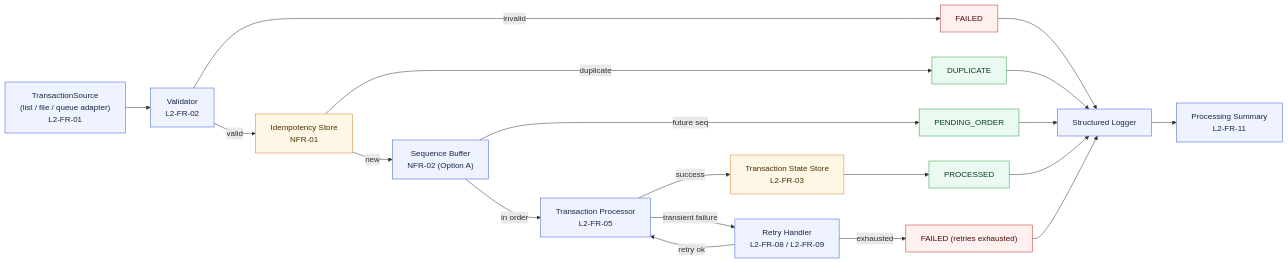
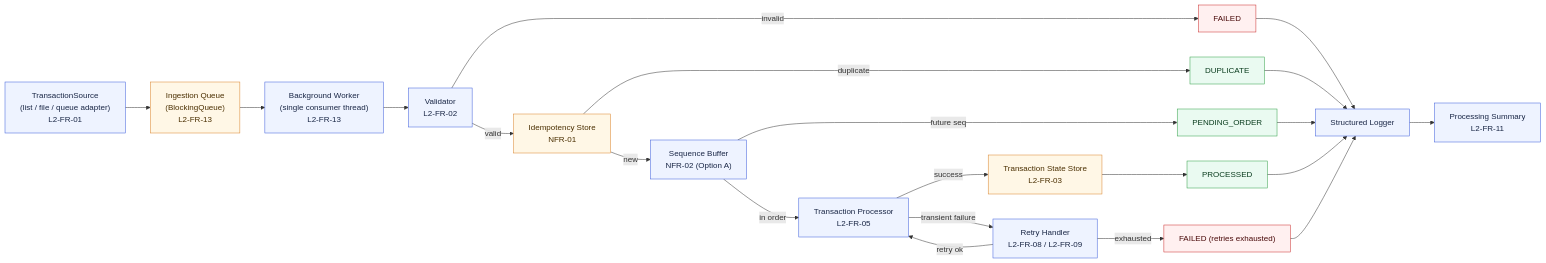
The first of 7 diagrams in DESIGN.md (mnbns/mpucd), drawn with Mermaid before and after one commit. The commit also changed other lines of this file and 29 other files, not shown here.

````diff
--- a/DESIGN.md
+++ b/DESIGN.md
@@ -147,42 +157,46 @@
 ```mermaid
 flowchart LR
   classDef comp fill:#eef3ff,stroke:#3b5bdb,color:#1a2746;
   classDef store fill:#fff7e6,stroke:#d9822b,color:#4a2f00;
   classDef terminal fill:#eafaf1,stroke:#2f9e44,color:#0b3d1f;
   classDef bad fill:#fff0f0,stroke:#c92a2a,color:#4a0a0a;
 
   SRC["TransactionSource<br/>(list / file / queue adapter)<br/>L2-FR-01"]:::comp
+  QUEUE["Ingestion Queue<br/>(BlockingQueue)<br/>L2-FR-13"]:::store
+  WORKER["Background Worker<br/>(single consumer thread)<br/>L2-FR-13"]:::comp
   VAL["Validator<br/>L2-FR-02"]:::comp
   IDEMP["Idempotency Store<br/>NFR-01"]:::store
   SEQBUF["Sequence Buffer<br/>NFR-02 (Option A)"]:::comp
   PROC["Transaction Processor<br/>L2-FR-05"]:::comp
   STATEDB["Transaction State Store<br/>L2-FR-03"]:::store
   RETRY["Retry Handler<br/>L2-FR-08 / L2-FR-09"]:::comp
   LOGS["Structured Logger"]:::comp
   SUMMARY["Processing Summary<br/>L2-FR-11"]:::comp
 
   F_FAILED["FAILED"]:::bad
   F_DUP["DUPLICATE"]:::terminal
   F_PENDING["PENDING_ORDER"]:::terminal
   F_PROCESSED["PROCESSED"]:::terminal
   F_FAILED2["FAILED (retries exhausted)"]:::bad
 
-  SRC --> VAL
+  SRC --> QUEUE
+  QUEUE --> WORKER
+  WORKER --> VAL
   VAL -- valid --> IDEMP
   VAL -- invalid --> F_FAILED
   IDEMP -- duplicate --> F_DUP
   IDEMP -- new --> SEQBUF
   SEQBUF -- "in order" --> PROC
   SEQBUF -- "future seq" --> F_PENDING
   PROC -- success --> STATEDB
   STATEDB --> F_PROCESSED
   PROC -- "transient failure" --> RETRY
   RETRY -- "retry ok" --> PROC
   RETRY -- exhausted --> F_FAILED2
   F_FAILED --> LOGS
   F_DUP --> LOGS
   F_PENDING --> LOGS
   F_PROCESSED --> LOGS
   F_FAILED2 --> LOGS
   LOGS --> SUMMARY
 ```
````
